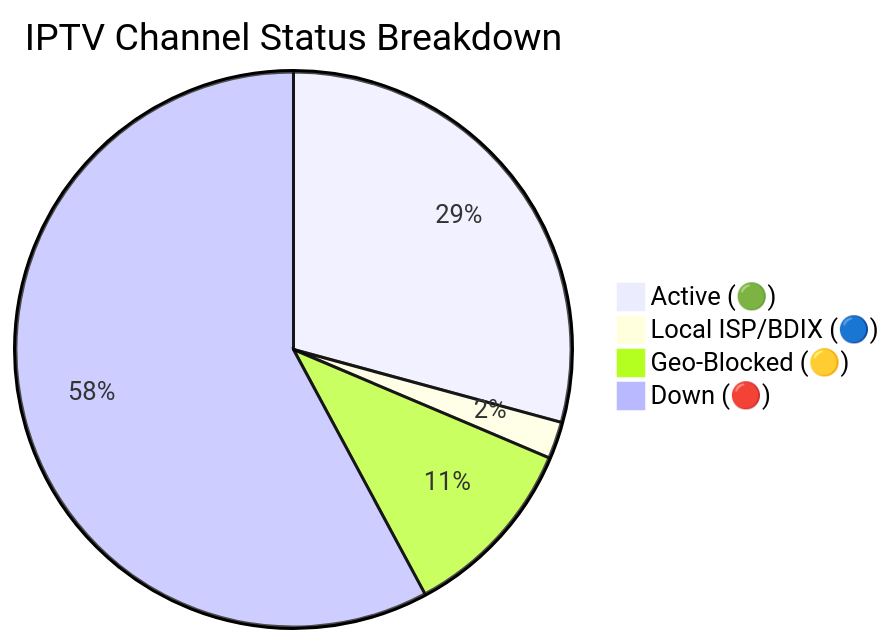
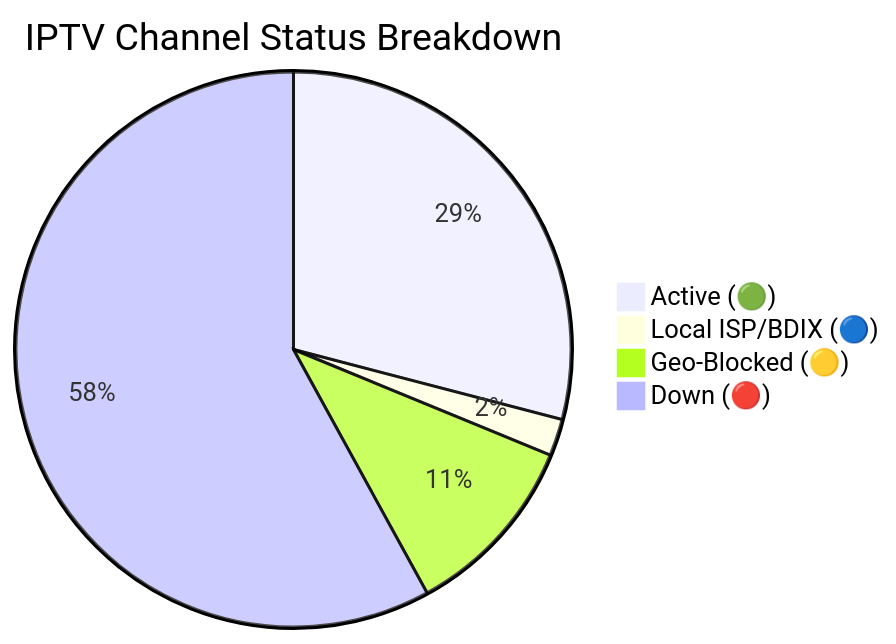
The diagram in README.md (andreataylord/Ip-tv-Collection), drawn with Mermaid before and after one commit. The commit also changed other lines of this file and 1 other file, not shown here.

Commit message:
docs(readme): auto-update daily channel status chart

````diff
--- a/README.md
+++ b/README.md
@@ -59,7 +59,7 @@
 ```mermaid
 pie title IPTV Channel Status Breakdown
-    "Active (🟢)" : 1740
+    "Active (🟢)" : 1730
     "Local ISP/BDIX (🔵)" : 128
-    "Geo-Blocked (🟡)" : 641
-    "Down (🔴)" : 3444
+    "Geo-Blocked (🟡)" : 643
+    "Down (🔴)" : 3452
 ```
````
